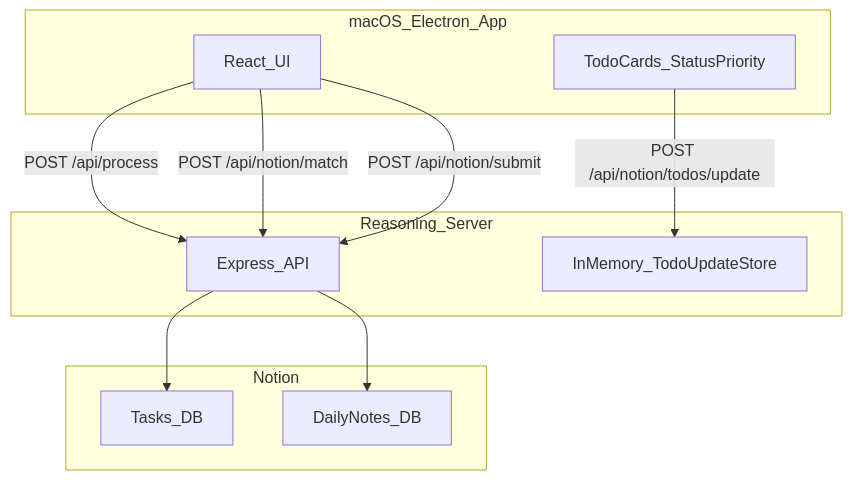
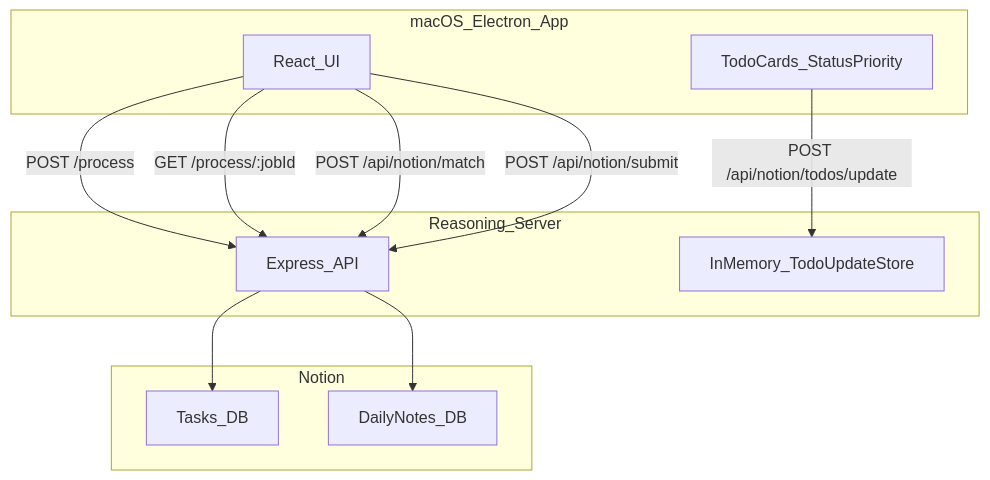
One commit to hcwiley/flwst changed the diagram in apps/macos-electron/ARCH.md. Above: the diagram before and after it, drawn with Mermaid. The commit also changed 9 other files, not shown here.

````diff
--- a/apps/macos-electron/ARCH.md
+++ b/apps/macos-electron/ARCH.md
@@ -25,25 +25,26 @@
 ```mermaid
 flowchart TD
   subgraph App[macOS_Electron_App]
     UI[React_UI]
     Cards[TodoCards_StatusPriority]
   end
 
   subgraph Server[Reasoning_Server]
     API[Express_API]
     Store[InMemory_TodoUpdateStore]
   end
 
   subgraph Notion[Notion]
     TasksDB[Tasks_DB]
     DailyDB[DailyNotes_DB]
   end
 
-  UI -->|"POST /api/process"| API
+  UI -->|"POST /process"| API
+  UI -->|"GET /process/:jobId"| API
   UI -->|"POST /api/notion/match"| API
   Cards -->|"POST /api/notion/todos/update"| Store
   UI -->|"POST /api/notion/submit"| API
 
   API --> TasksDB
   API --> DailyDB
 ```
````
